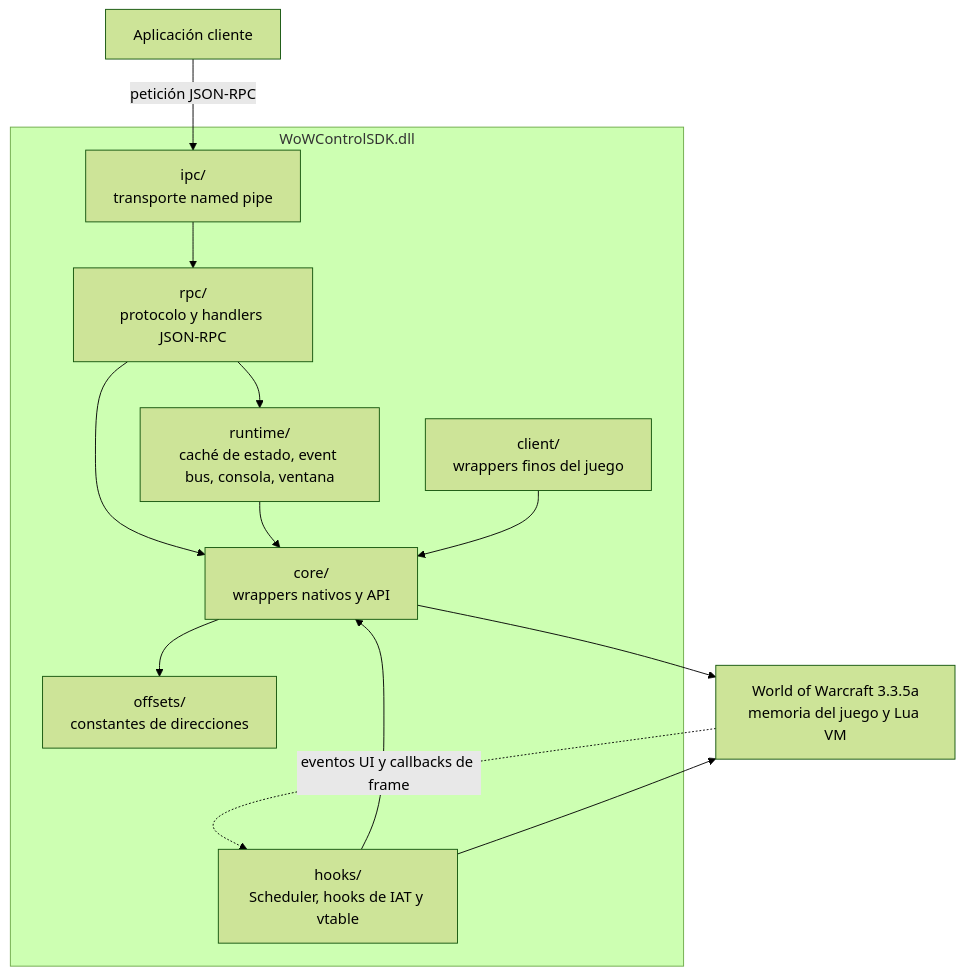
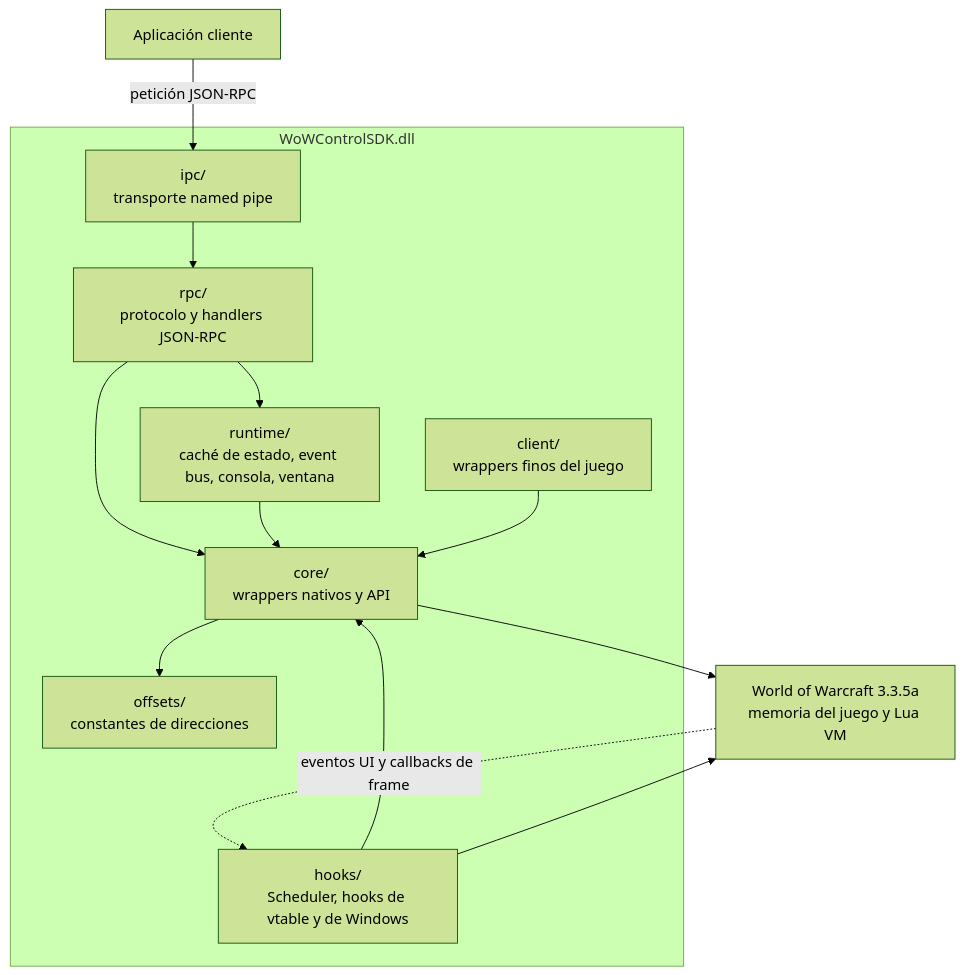
One commit to Zerik-Official/WoWControlSDK changed the second of 4 diagrams in docs/es/architecture.md. Above: the diagram before and after it, drawn with Mermaid (forest theme). The commit also changed other lines of this file, not shown here.

Commit message:
docs(architecture): list the Windows hooks and the only import table write in Spanish

````diff
--- a/docs/es/architecture.md
+++ b/docs/es/architecture.md
@@ -29,26 +29,26 @@
 ```mermaid
 flowchart TD
     app["Aplicación cliente"]
 
     subgraph dll["WoWControlSDK.dll"]
         ipc["ipc/<br/>transporte named pipe"]
         rpc["rpc/<br/>protocolo y handlers JSON-RPC"]
         runtime["runtime/<br/>caché de estado, event bus, consola, ventana"]
-        hooks["hooks/<br/>Scheduler, hooks de IAT y vtable"]
+        hooks["hooks/<br/>Scheduler, hooks de vtable y de Windows"]
         client["client/<br/>wrappers finos del juego"]
         core["core/<br/>wrappers nativos y API"]
         offsets["offsets/<br/>constantes de direcciones"]
     end
 
     app -- "petición JSON-RPC" --> ipc
     ipc --> rpc
     rpc --> runtime
     rpc --> core
     runtime --> core
     hooks --> core
     client --> core
     core --> offsets
     core --> wow["World of Warcraft 3.3.5a<br/>memoria del juego y Lua VM"]
     hooks --> wow
     wow -. "eventos UI y callbacks de frame" .-> hooks
 ```
````
